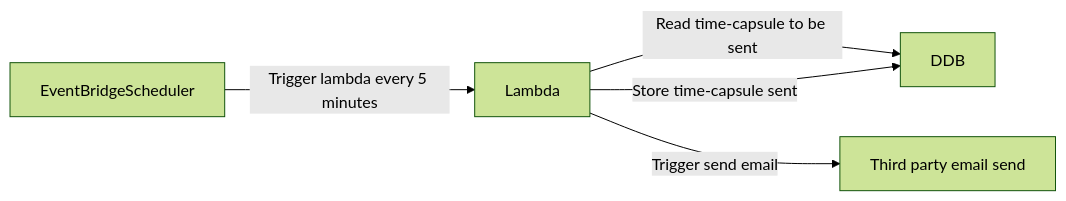
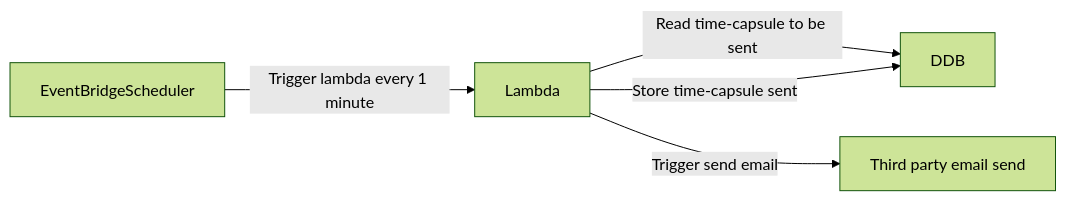
Before and after one commit to GautierBlandin/time-capsule: the second of 3 diagrams in docs/specifications.md, drawn with Mermaid (forest theme).

Commit message:
doc: update lambda trigger spec

````diff
--- a/docs/specifications.md
+++ b/docs/specifications.md
@@ -32,7 +32,7 @@
 ```mermaid
 flowchart LR
-    EventBridgeScheduler --Trigger lambda every 5 minutes-->Lambda
+    EventBridgeScheduler --Trigger lambda every 1 minute-->Lambda
     Lambda --Read time-capsule to be sent--> DDB
     Lambda --Trigger send email--> ThirdParty[Third party email send]
     Lambda --Store time-capsule sent--> DDB
 ```
````
